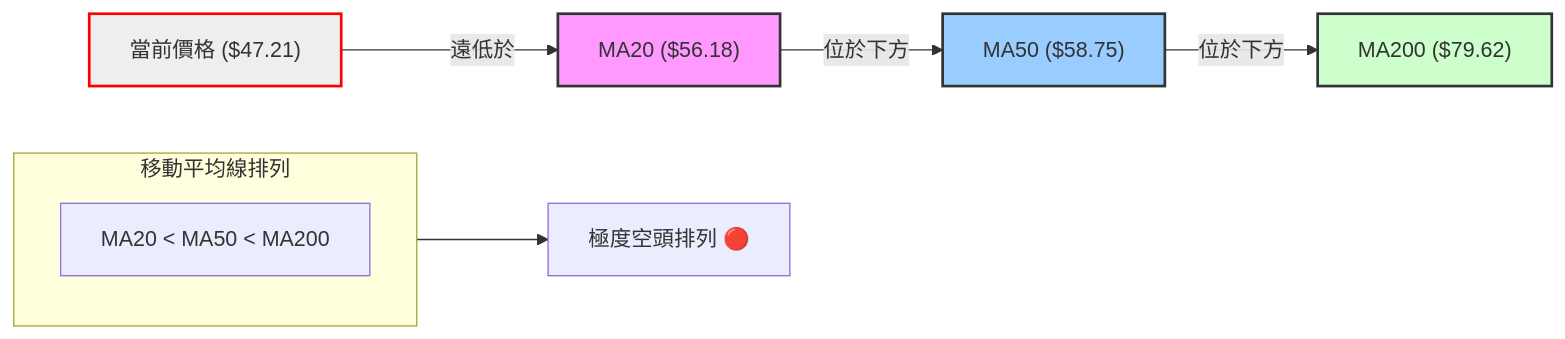
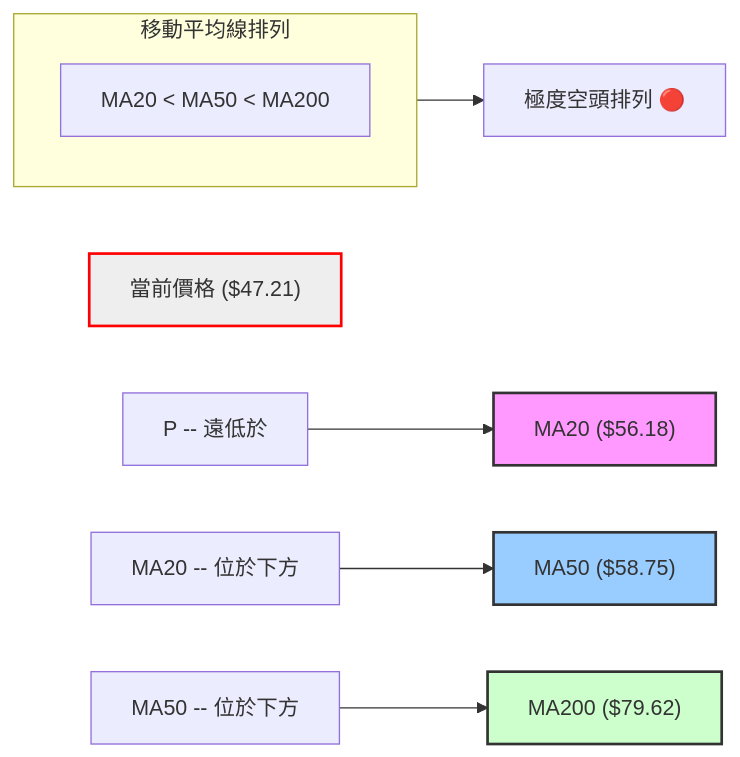
The sixth of 10 diagrams in ai_gen_report/stock/ktos/technical_analysis_2026-06-28_gemini.md (yennanliu/finance_data), drawn with Mermaid before and after one commit. The commit also changed other lines of this file and 2258 other files, not shown here.

First line of the commit message:
chore: backfill Mermaid syntax repair across existing reports

````diff
--- a/ai_gen_report/stock/ktos/technical_analysis_2026-06-28_gemini.md
+++ b/ai_gen_report/stock/ktos/technical_analysis_2026-06-28_gemini.md
@@ -415,22 +415,22 @@
 ```mermaid
 graph LR
     P["當前價格 ($47.21)"]
     MA20["MA20 ($56.18)"]
     MA50["MA50 ($58.75)"]
     MA200["MA200 ($79.62)"]
 
-    P -- 遠低於 --> MA20
-    MA20 -- 位於下方 --> MA50
-    MA50 -- 位於下方 --> MA200
+    nb1["P -- 遠低於"] --> MA20
+    nb2["MA20 -- 位於下方"] --> MA50
+    nb3["MA50 -- 位於下方"] --> MA200
 
     subgraph MA_Alignment ["移動平均線排列"]
         Align["MA20 < MA50 < MA200"]
     end
 
     MA_Alignment --> Verdict["極度空頭排列 🔴"]
 
     style MA20 fill:#f9f,stroke:#333,stroke-width:2px
     style MA50 fill:#9cf,stroke:#333,stroke-width:2px
     style MA200 fill:#cfc,stroke:#333,stroke-width:2px
     style P fill:#eee,stroke:#f00,stroke-width:2px
 ```
````
